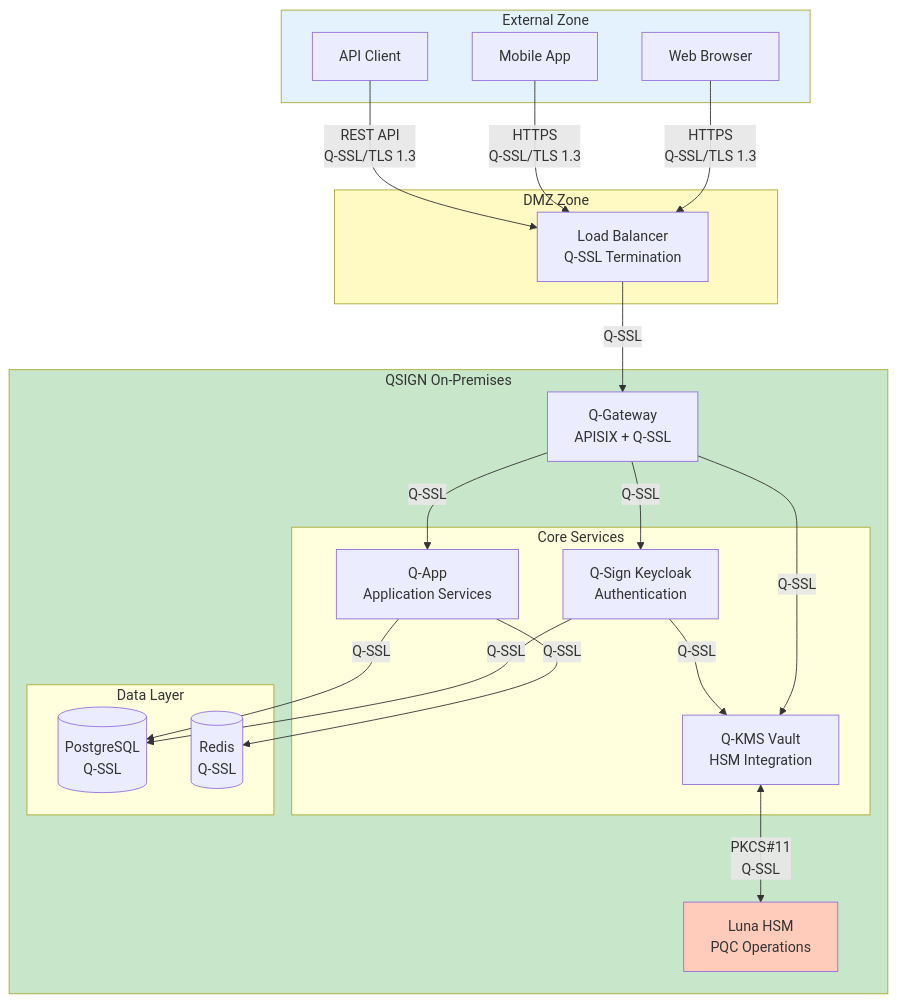
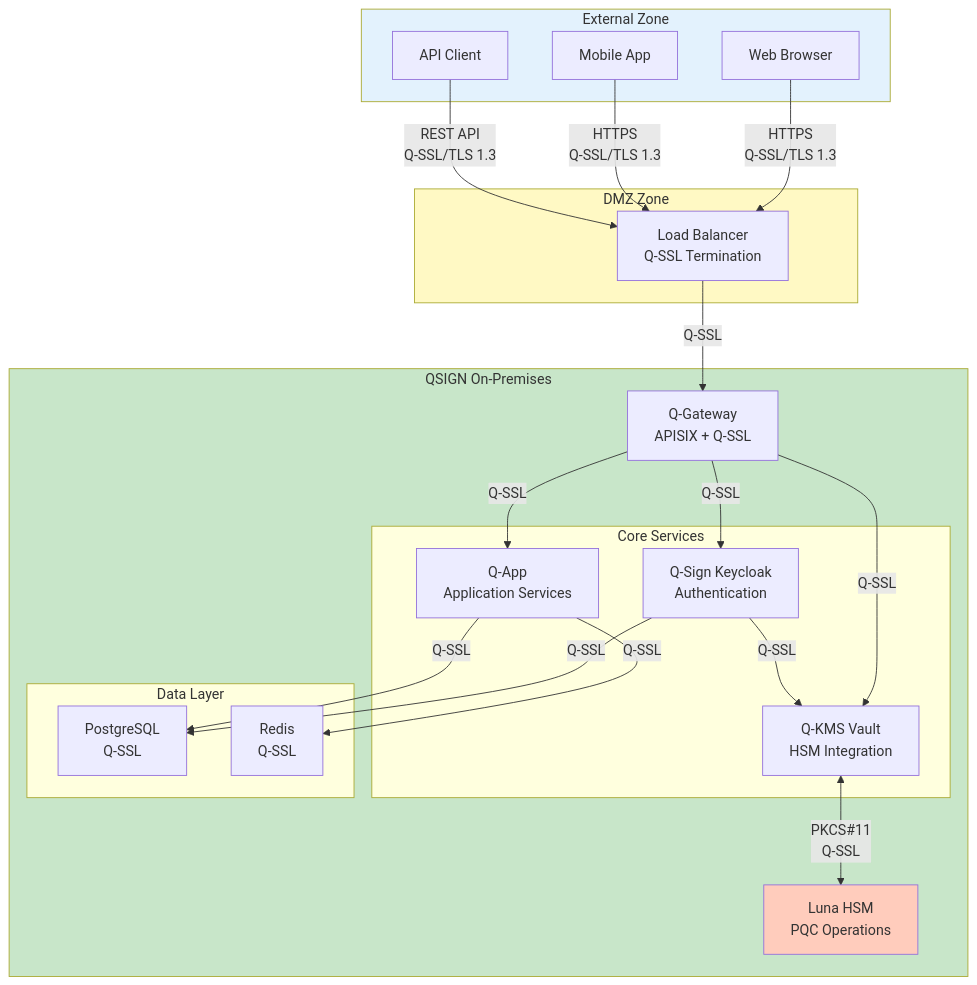
The ninth of 10 diagrams in 09-q-ssl/Q-SSL-OVERVIEW.md (infeelchoi/q-docs), drawn with Mermaid before and after one commit. The commit also changed 12 other files, not shown here.

First line of the commit message:
🔧 Mermaid 다이어그램 괄호 패턴 파싱 오류 수정

````diff
--- a/09-q-ssl/Q-SSL-OVERVIEW.md
+++ b/09-q-ssl/Q-SSL-OVERVIEW.md
@@ -656,51 +656,51 @@
 ```mermaid
 graph TB
     subgraph EXTERNAL["External Zone"]
         WEB[Web Browser]
         MOBILE[Mobile App]
         API_CLIENT[API Client]
     end
 
     subgraph DMZ["DMZ Zone"]
         LB[Load Balancer<br/>Q-SSL Termination]
     end
 
     subgraph QSIGN["QSIGN On-Premises"]
         GATEWAY[Q-Gateway<br/>APISIX + Q-SSL]
 
         subgraph SERVICES["Core Services"]
             KEYCLOAK[Q-Sign Keycloak<br/>Authentication]
             VAULT[Q-KMS Vault<br/>HSM Integration]
             QAPP[Q-App<br/>Application Services]
         end
 
         subgraph DATA["Data Layer"]
-            POSTGRES[(PostgreSQL<br/>Q-SSL)]
-            REDIS[(Redis<br/>Q-SSL)]
+            POSTGRES["PostgreSQL<br/>Q-SSL"]
+            REDIS["Redis<br/>Q-SSL"]
         end
 
         HSM[Luna HSM<br/>PQC Operations]
     end
 
     WEB -->|HTTPS<br/>Q-SSL/TLS 1.3| LB
     MOBILE -->|HTTPS<br/>Q-SSL/TLS 1.3| LB
     API_CLIENT -->|REST API<br/>Q-SSL/TLS 1.3| LB
 
     LB -->|Q-SSL| GATEWAY
 
     GATEWAY -->|Q-SSL| KEYCLOAK
     GATEWAY -->|Q-SSL| VAULT
     GATEWAY -->|Q-SSL| QAPP
 
     KEYCLOAK -->|Q-SSL| VAULT
     KEYCLOAK -->|Q-SSL| POSTGRES
     QAPP -->|Q-SSL| POSTGRES
     QAPP -->|Q-SSL| REDIS
 
     VAULT <-->|PKCS#11<br/>Q-SSL| HSM
 
     style EXTERNAL fill:#e3f2fd
     style DMZ fill:#fff9c4
     style QSIGN fill:#c8e6c9
     style HSM fill:#ffccbc
 ```
````
